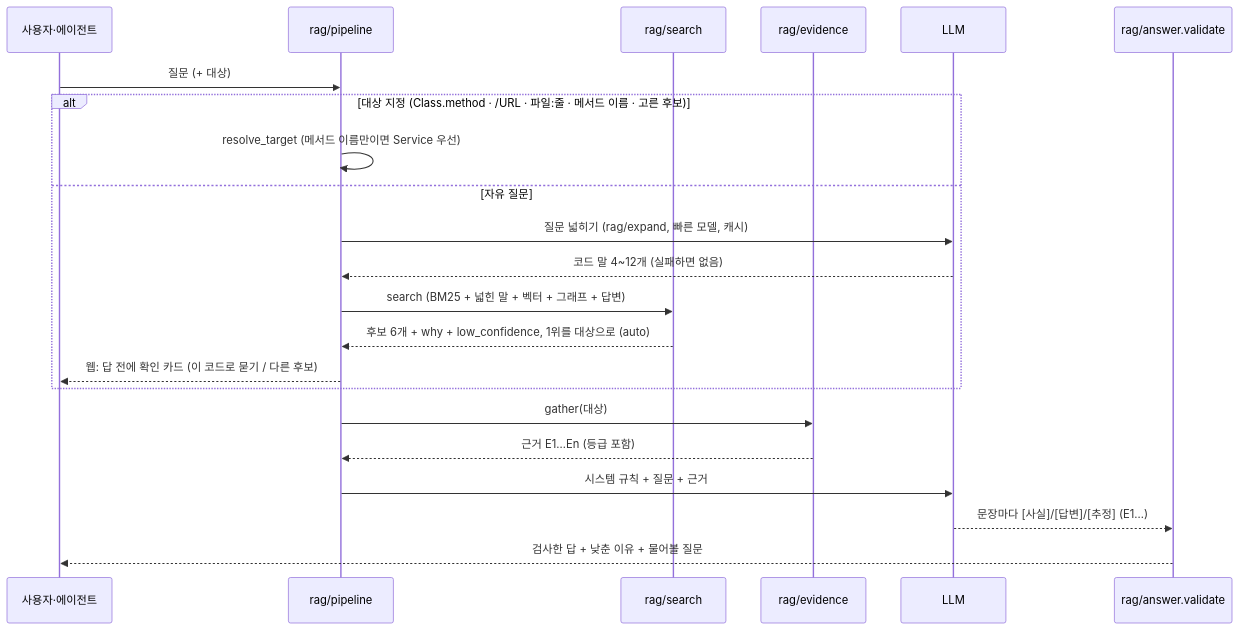
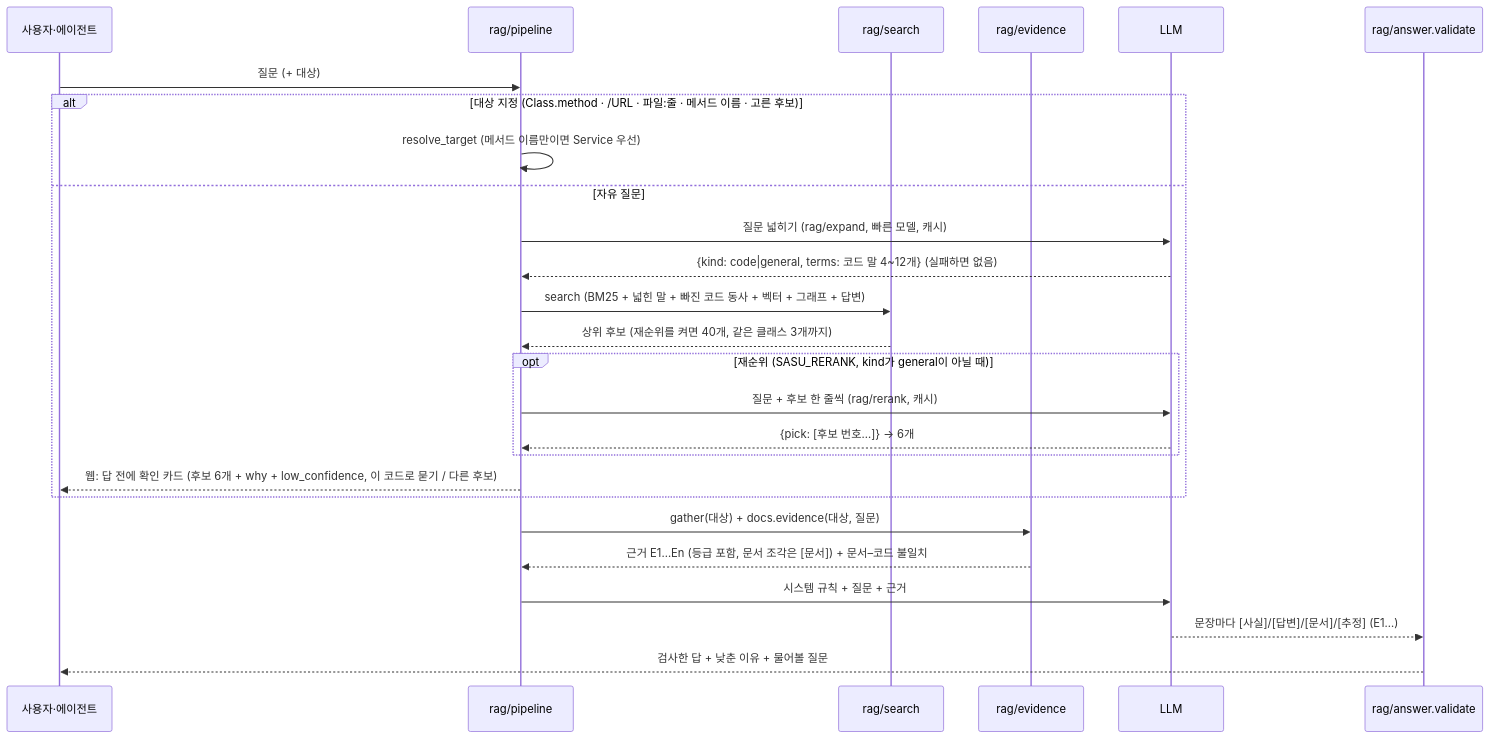
The third of 4 diagrams in docs/sdd.md (seungwook-kim/sasu-handover-agent), drawn with Mermaid before and after one commit. The commit also changed other lines of this file and 67 other files, not shown here.

First line of the commit message:
파이썬(Django) 지원, 인수인계 문서 RAG, 검색 재순위 추가

````diff
--- a/docs/sdd.md
+++ b/docs/sdd.md
@@ -246,24 +301,28 @@
 ```mermaid
 sequenceDiagram
     participant U as 사용자·에이전트
     participant P as rag/pipeline
     participant S as rag/search
     participant E as rag/evidence
     participant L as LLM
     participant V as rag/answer.validate
     U->>P: 질문 (+ 대상)
     alt 대상 지정 (Class.method · /URL · 파일:줄 · 메서드 이름 · 고른 후보)
         P->>P: resolve_target (메서드 이름만이면 Service 우선)
     else 자유 질문
         P->>L: 질문 넓히기 (rag/expand, 빠른 모델, 캐시)
-        L-->>P: 코드 말 4~12개 (실패하면 없음)
-        P->>S: search (BM25 + 넓힌 말 + 벡터 + 그래프 + 답변)
-        S-->>P: 후보 6개 + why + low_confidence, 1위를 대상으로 (auto)
-        P-->>U: 웹: 답 전에 확인 카드 (이 코드로 묻기 / 다른 후보)
+        L-->>P: {kind: code|general, terms: 코드 말 4~12개} (실패하면 없음)
+        P->>S: search (BM25 + 넓힌 말 + 빠진 코드 동사 + 벡터 + 그래프 + 답변)
+        S-->>P: 상위 후보 (재순위를 켜면 40개, 같은 클래스 3개까지)
+        opt 재순위 (SASU_RERANK, kind가 general이 아닐 때)
+            P->>L: 질문 + 후보 한 줄씩 (rag/rerank, 캐시)
+            L-->>P: {pick: [후보 번호…]} → 6개
+        end
+        P-->>U: 웹: 답 전에 확인 카드 (후보 6개 + why + low_confidence, 이 코드로 묻기 / 다른 후보)
     end
-    P->>E: gather(대상)
-    E-->>P: 근거 E1…En (등급 포함)
+    P->>E: gather(대상) + docs.evidence(대상, 질문)
+    E-->>P: 근거 E1…En (등급 포함, 문서 조각은 [문서]) + 문서–코드 불일치
     P->>L: 시스템 규칙 + 질문 + 근거
-    L-->>V: 문장마다 [사실]/[답변]/[추정] (E1…)
+    L-->>V: 문장마다 [사실]/[답변]/[문서]/[추정] (E1…)
     V-->>U: 검사한 답 + 낮춘 이유 + 물어볼 질문
 ```
````
